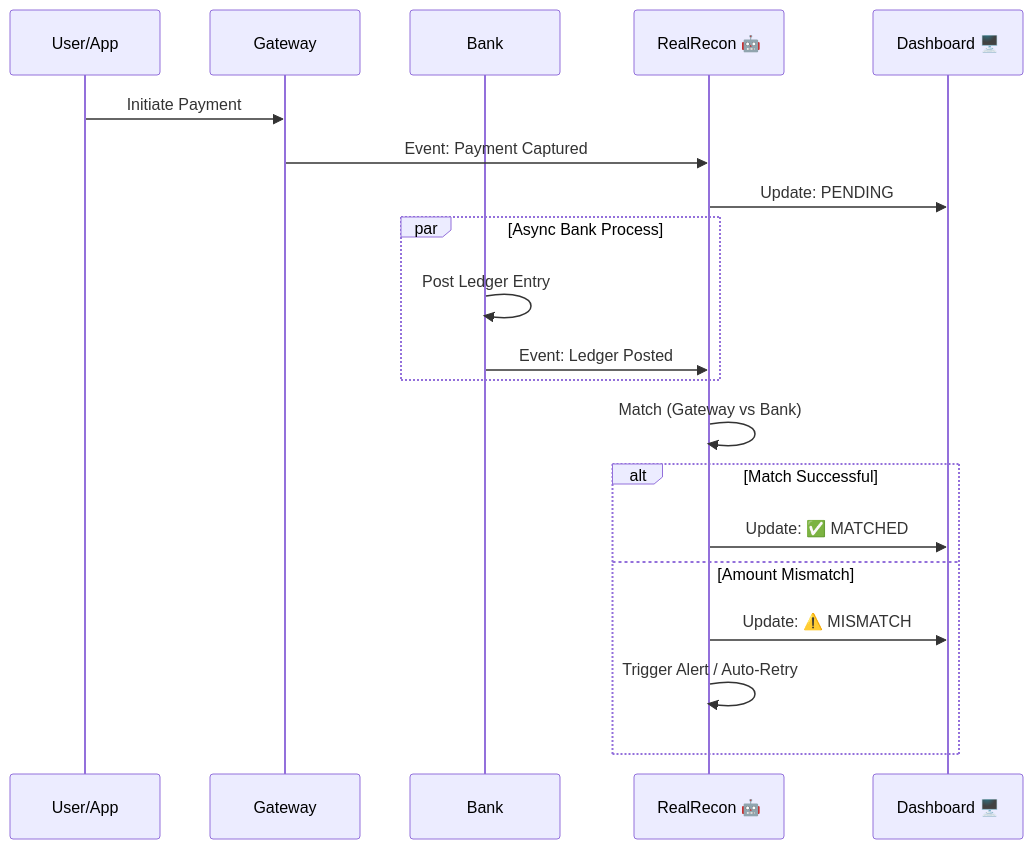
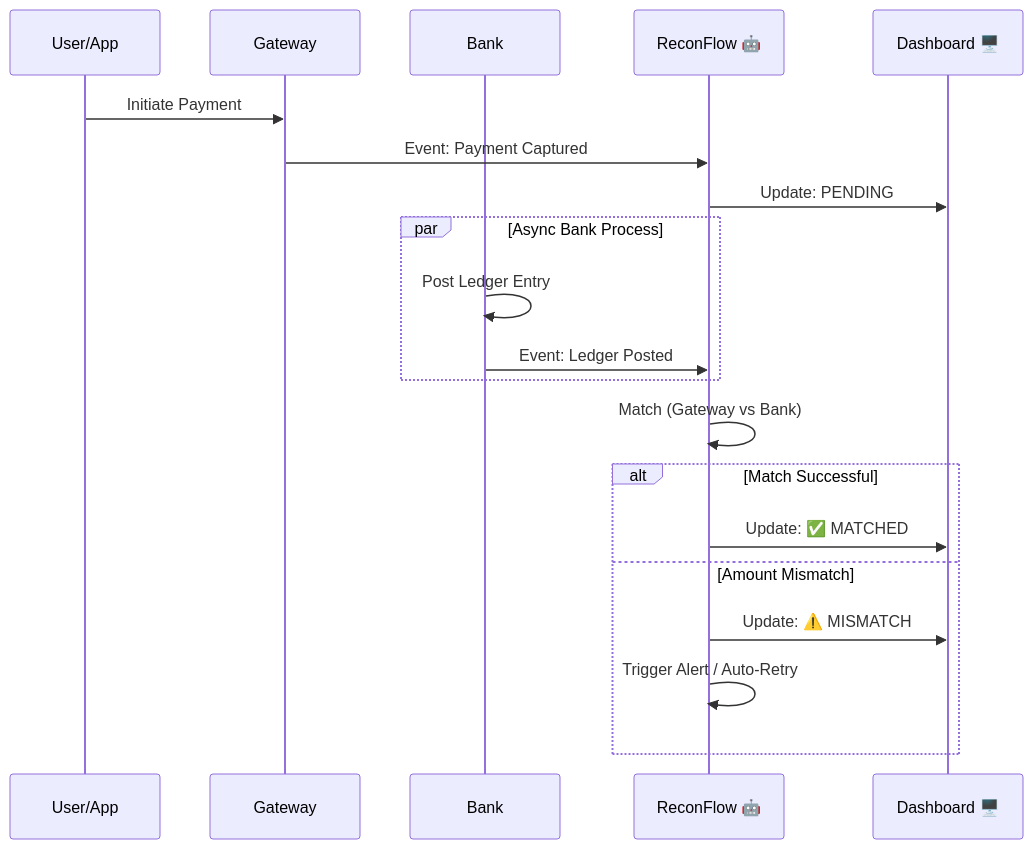
Before and after one commit to aadii-chavan/ReconFlow: the second of 2 diagrams in Readme.md, drawn with Mermaid. The commit also changed other lines of this file, not shown here.

Commit message:
Rename project to ReconFlow in README

````diff
--- a/Readme.md
+++ b/Readme.md
@@ -100,25 +110,25 @@
 ```mermaid
 sequenceDiagram
     participant U as User/App
     participant G as Gateway
     participant B as Bank
-    participant R as RealRecon 🤖
+    participant R as ReconFlow 🤖
     participant D as Dashboard 🖥️
 
     U->>G: Initiate Payment
     G->>R: Event: Payment Captured
     R->>D: Update: PENDING
     
     par Async Bank Process
         B->>B: Post Ledger Entry
         B->>R: Event: Ledger Posted
     end
     
     R->>R: Match (Gateway vs Bank)
     alt Match Successful
         R->>D: Update: ✅ MATCHED
     else Amount Mismatch
         R->>D: Update: ⚠️ MISMATCH
         R->>R: Trigger Alert / Auto-Retry
     end
 ```
````
